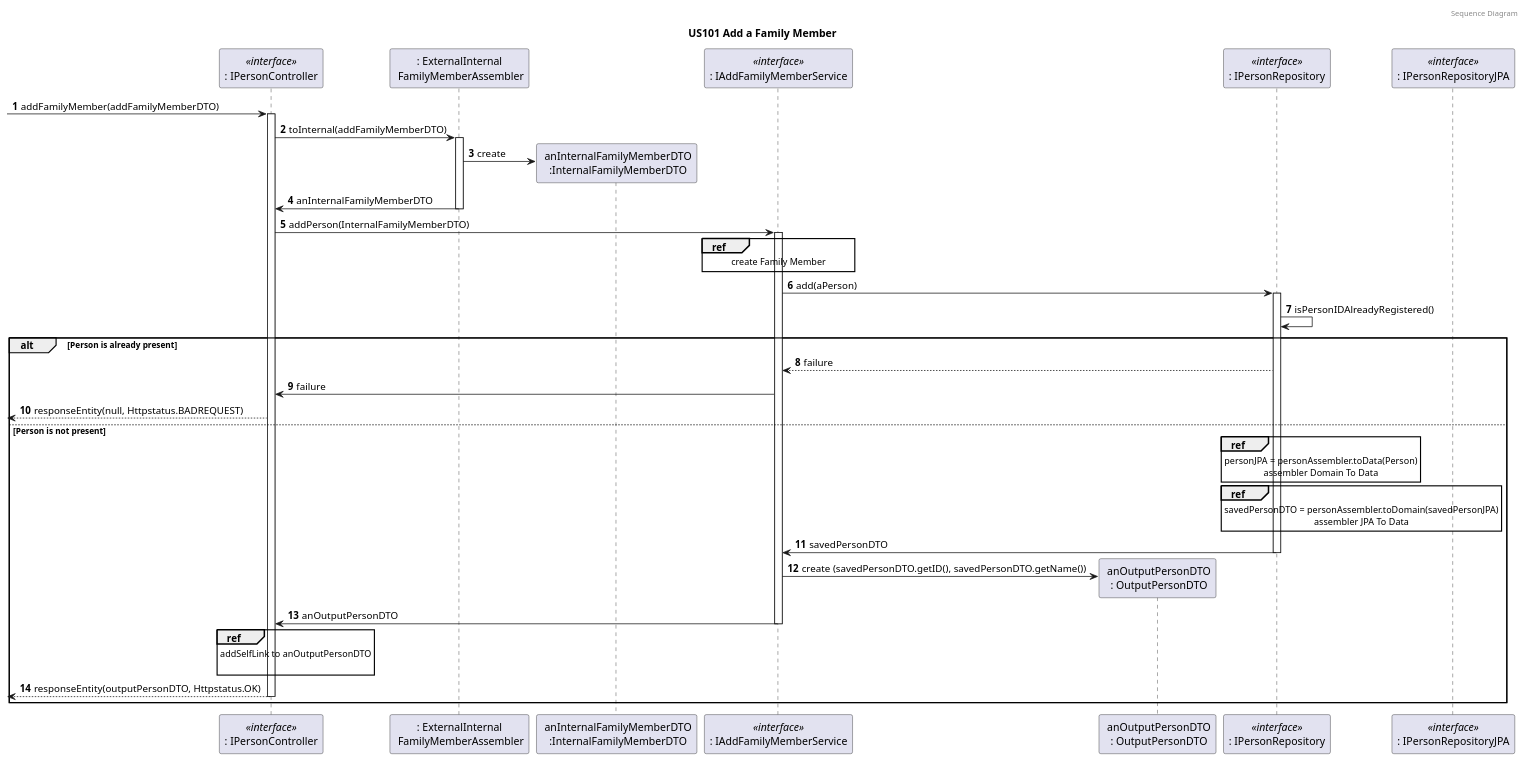
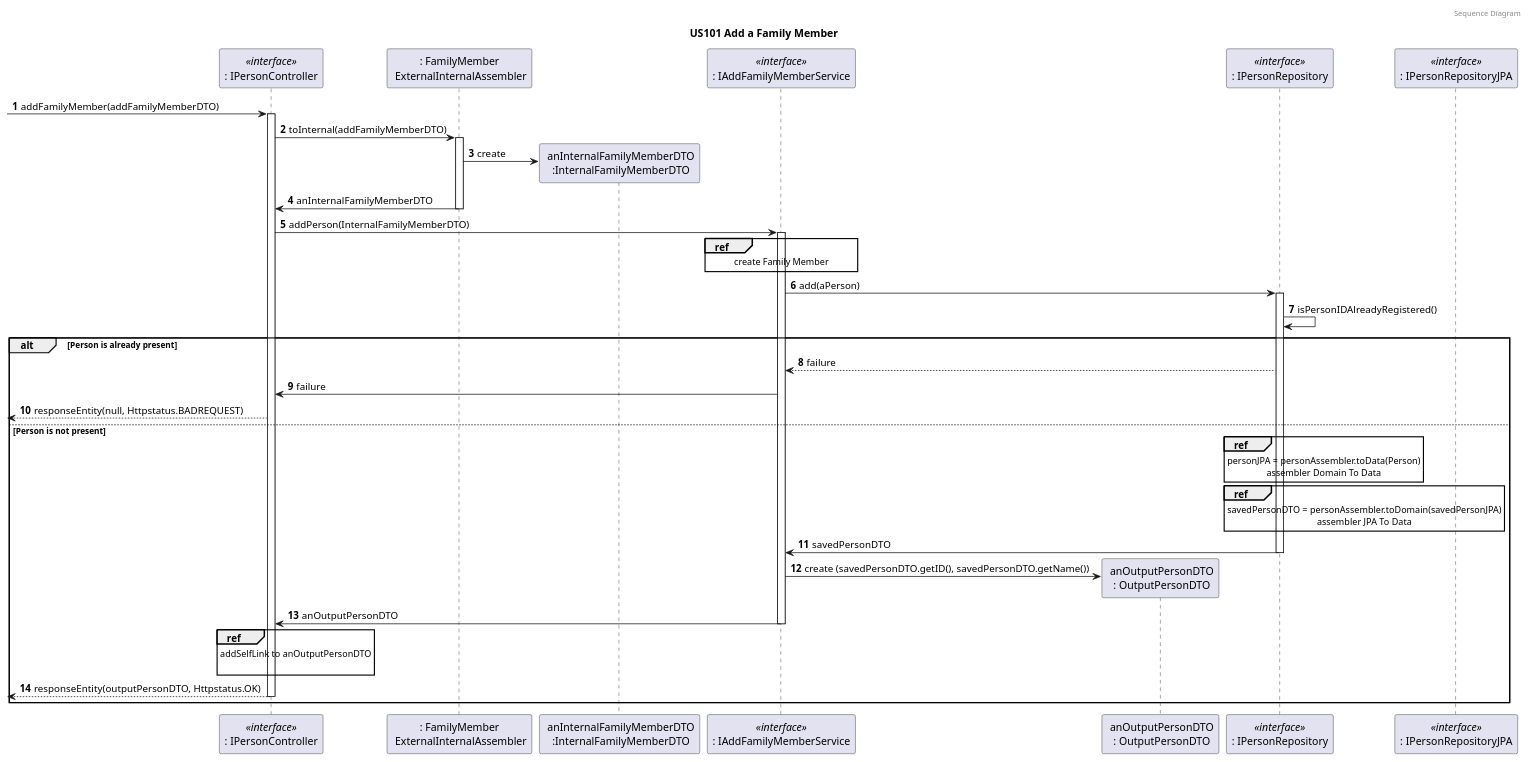
One commit to tomas-osswald/switch_2020_g3 changed the fourth of 6 diagrams in docs/sprint5/user_stories/US101_AddFamilyMember.md. Above: the diagram before and after it, drawn with PlantUML. The commit also changed 2 other files, not shown here.

Commit message:
add external to internal DTO assembler

`````diff
--- a/docs/sprint5/user_stories/US101_AddFamilyMember.md
+++ b/docs/sprint5/user_stories/US101_AddFamilyMember.md
@@ -263,71 +263,71 @@
 ```puml
 @startuml
 autonumber
 header Sequence Diagram
 title US101 Add a Family Member
 
 participant ": IPersonController" as controller <<interface>>
-participant ": ExternalInternal\n FamilyMemberAssembler" as outinassembler
+participant ": FamilyMember\n ExternalInternalAssembler" as outinassembler
 participant " anInternalFamilyMemberDTO\n :InternalFamilyMemberDTO" as aninaddassembler
 participant ": IAddFamilyMemberService" as FamAdminService <<interface>>
 participant " anOutputPersonDTO\n : OutputPersonDTO" as outputPersonDTO
 participant ": IPersonRepository" as prepository  <<interface>>
 participant ": IPersonRepositoryJPA" as prepositoryJPA  <<interface>>
 'participant "aFamilyRepository\n : FamilyRepository" as frepository
 
 -> controller : addFamilyMember(addFamilyMemberDTO)
 activate controller
 controller -> outinassembler : toInternal(addFamilyMemberDTO)
 activate outinassembler
 outinassembler -> aninaddassembler** : create
 outinassembler -> controller : anInternalFamilyMemberDTO
 deactivate
 controller -> FamAdminService : addPerson(InternalFamilyMemberDTO)
 activate FamAdminService
 
 ref over FamAdminService
 create Family Member
 end
 
 FamAdminService -> prepository : add(aPerson)
 activate prepository
 
 prepository -> prepository : isPersonIDAlreadyRegistered()
 alt Person is already present
 prepository --> FamAdminService : failure
 
 FamAdminService -> controller : failure
 
 <-- controller : responseEntity(null, Httpstatus.BADREQUEST)
 else Person is not present
 ref over prepository
 personJPA = personAssembler.toData(Person)
 assembler Domain To Data
 end
 
 ref over prepository
 savedPersonDTO = personAssembler.toDomain(savedPersonJPA)
 assembler JPA To Data
 end
 
 prepository -> FamAdminService : savedPersonDTO
 deactivate prepository
 deactivate prepositoryJPA
 'FamAdminService - create (savedPersonDTO)
 
 FamAdminService -> outputPersonDTO** : create (savedPersonDTO.getID(), savedPersonDTO.getName())
 FamAdminService -> controller: anOutputPersonDTO
 deactivate prepository
 deactivate FamAdminService 
 
 ref over controller
  addSelfLink to anOutputPersonDTO
 
 end
 deactivate FamAdminService
 <-- controller : responseEntity(outputPersonDTO, Httpstatus.OK)
 deactivate controller
 
 end
 @enduml
 ````
`````
